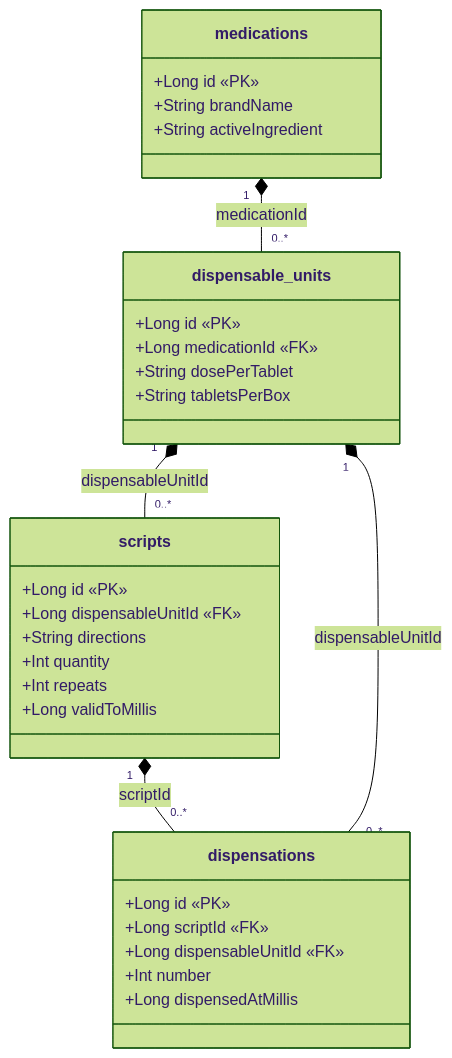
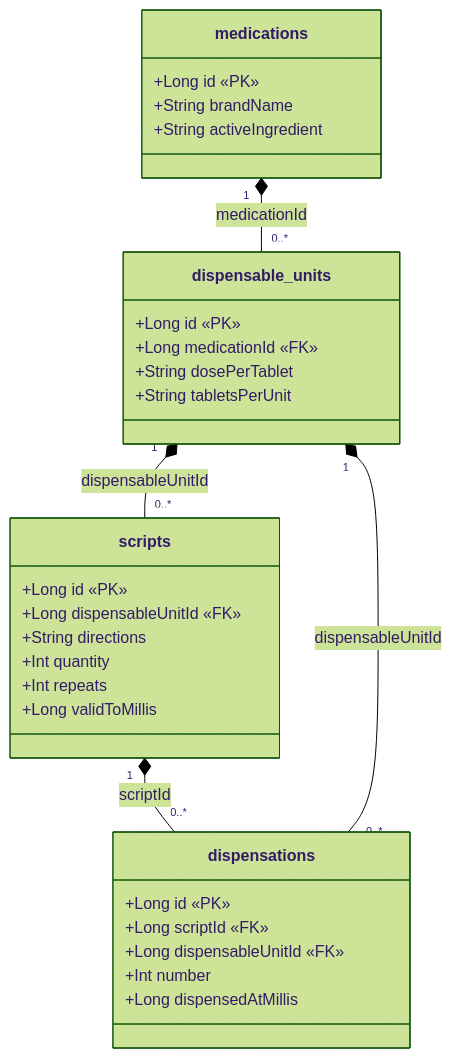
Before and after one commit to replicant1/aitoui: the diagram in DATABASE_SCHEMA.md, drawn with Mermaid (forest theme). The commit also changed other lines of this file and 10 other files, not shown here.

First line of the commit message:
Rename dispensable_units.tabletsPerBox to tabletsPerUnit

````diff
--- a/DATABASE_SCHEMA.md
+++ b/DATABASE_SCHEMA.md
@@ -91,34 +91,34 @@
 ```mermaid
 classDiagram
     direction TB
     class medications {
         +Long id «PK»
         +String brandName
         +String activeIngredient
     }
     class dispensable_units {
         +Long id «PK»
         +Long medicationId «FK»
         +String dosePerTablet
-        +String tabletsPerBox
+        +String tabletsPerUnit
     }
     class scripts {
         +Long id «PK»
         +Long dispensableUnitId «FK»
         +String directions
         +Int quantity
         +Int repeats
         +Long validToMillis
     }
     class dispensations {
         +Long id «PK»
         +Long scriptId «FK»
         +Long dispensableUnitId «FK»
         +Int number
         +Long dispensedAtMillis
     }
     medications "1" *-- "0..*" dispensable_units : medicationId
     dispensable_units "1" *-- "0..*" scripts : dispensableUnitId
     scripts "1" *-- "0..*" dispensations : scriptId
     dispensable_units "1" *-- "0..*" dispensations : dispensableUnitId
 ```
````
